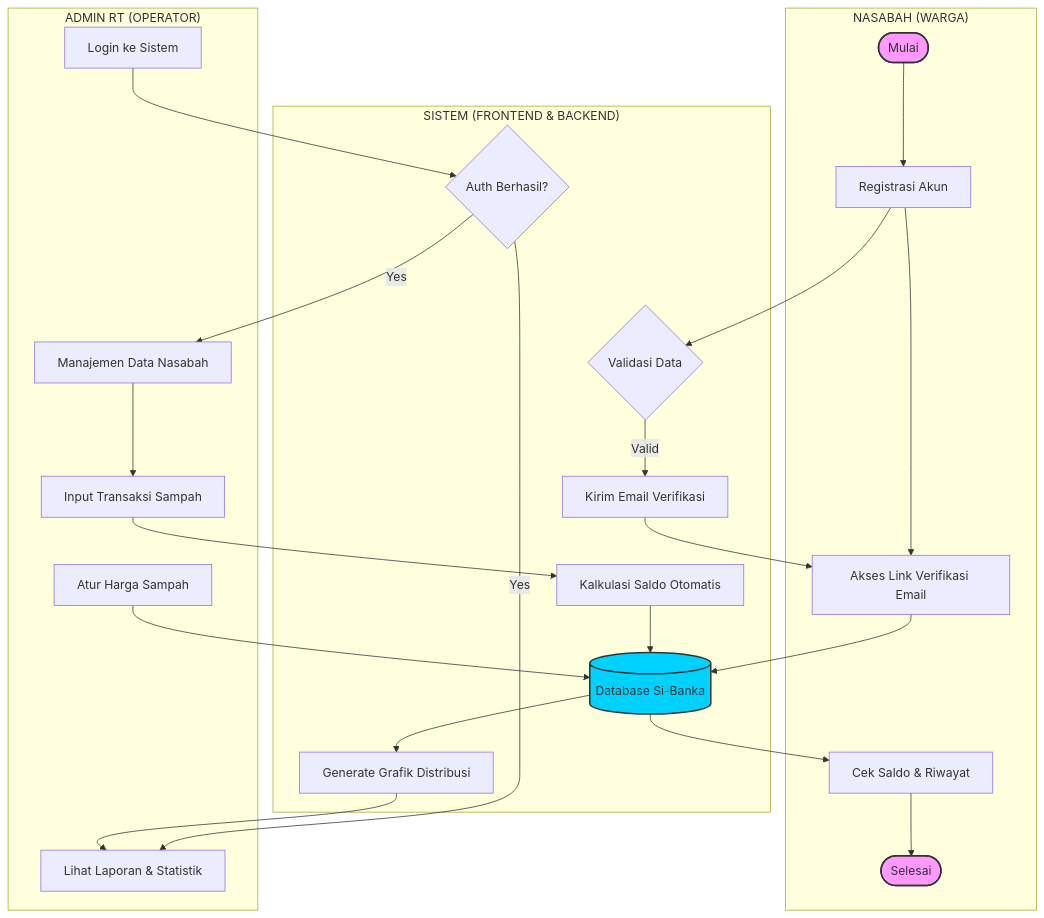
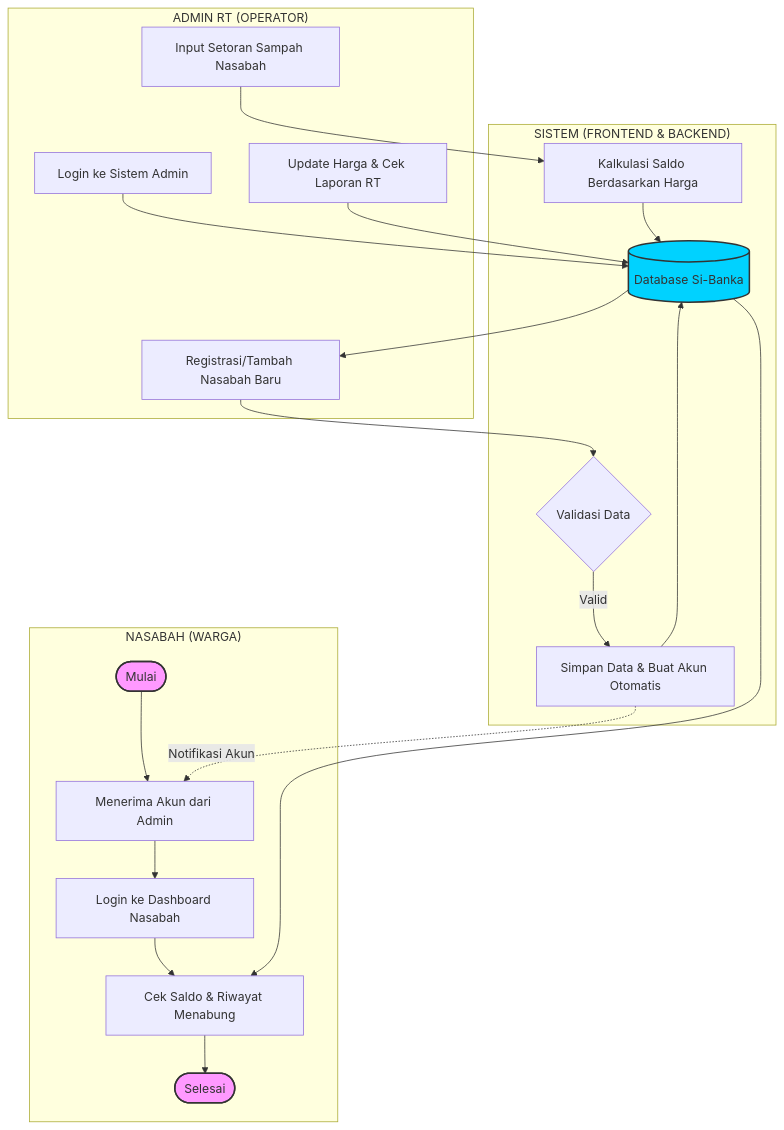
Before and after one commit to GUSTIAN-VICKY/SI-BANKA: the diagram in si-banka-app-final/docs/SWIMLANE_FLOWCHART.md, drawn with Mermaid. The commit also changed other lines of this file and 1 other file, not shown here.

Commit message:
docs: perbaiki alur registrasi nasabah pada flowchart dan dokumentasi (nasabah didaftarkan oleh admin)

````diff
--- a/si-banka-app-final/docs/SWIMLANE_FLOWCHART.md
+++ b/si-banka-app-final/docs/SWIMLANE_FLOWCHART.md
@@ -5,53 +6,43 @@
 ```mermaid
 graph TB
     subgraph Nasabah_Warga ["NASABAH (WARGA)"]
-        N1([Mulai]) --> N2[Registrasi Akun]
-        N2 --> N3[Akses Link Verifikasi Email]
-        N8[Cek Saldo & Riwayat]
-        N9([Selesai])
+        N1([Mulai]) --> N2[Menerima Akun dari Admin]
+        N2 --> N3[Login ke Dashboard Nasabah]
+        N3 --> N4[Cek Saldo & Riwayat Menabung]
+        N4 --> N5([Selesai])
     end
 
     subgraph Admin_RT ["ADMIN RT (OPERATOR)"]
-        A1[Login ke Sistem]
-        A2[Manajemen Data Nasabah]
-        A3[Input Transaksi Sampah]
-        A4[Atur Harga Sampah]
-        A5[Lihat Laporan & Statistik]
+        A1[Login ke Sistem Admin]
+        A2[Registrasi/Tambah Nasabah Baru]
+        A3[Input Setoran Sampah Nasabah]
+        A4[Update Harga & Cek Laporan RT]
     end
 
     subgraph Sistem_Backend ["SISTEM (FRONTEND & BACKEND)"]
         S1{Validasi Data}
-        S2[Kirim Email Verifikasi]
-        S3{Auth Berhasil?}
+        S2[Simpan Data & Buat Akun Otomatis]
+        S3[Kalkulasi Saldo Berdasarkan Harga]
         S4[(Database Si-Banka)]
-        S5[Kalkulasi Saldo Otomatis]
-        S6[Generate Grafik Distribusi]
     end
 
-    %% Flow Alur Pendaftaran
-    N2 --> S1
+    %% Flow Alur Pendaftaran Nasabah oleh Admin
+    A1 --> S4
+    S4 --> A2
+    A2 --> S1
     S1 -- Valid --> S2
-    S2 --> N3
-    N3 --> S4
+    S2 --> S4
+    S2 -. "Notifikasi Akun" .-> N2
 
-    %% Flow Alur Login
-    A1 --> S3
-    S3 -- Yes --> A2
-    S3 -- Yes --> A5
+    %% Flow Alur Transaksi & Tabungan
+    A3 --> S3
+    S3 --> S4
+    S4 --> N4
 
-    %% Flow Alur Transaksi
-    A2 --> A3
-    A3 --> S5
-    S5 --> S4
-    S4 --> N8
-    N8 --> N9
-
-    %% Flow Alur Statistik
+    %% Flow Pengaturan
     A4 --> S4
-    S4 --> S6
-    S6 --> A5
 
     style N1 fill:#f9f,stroke:#333,stroke-width:2px
-    style N9 fill:#f9f,stroke:#333,stroke-width:2px
+    style N5 fill:#f9f,stroke:#333,stroke-width:2px
     style S4 fill:#00d2ff,stroke:#333,stroke-width:2px
 ```
````
